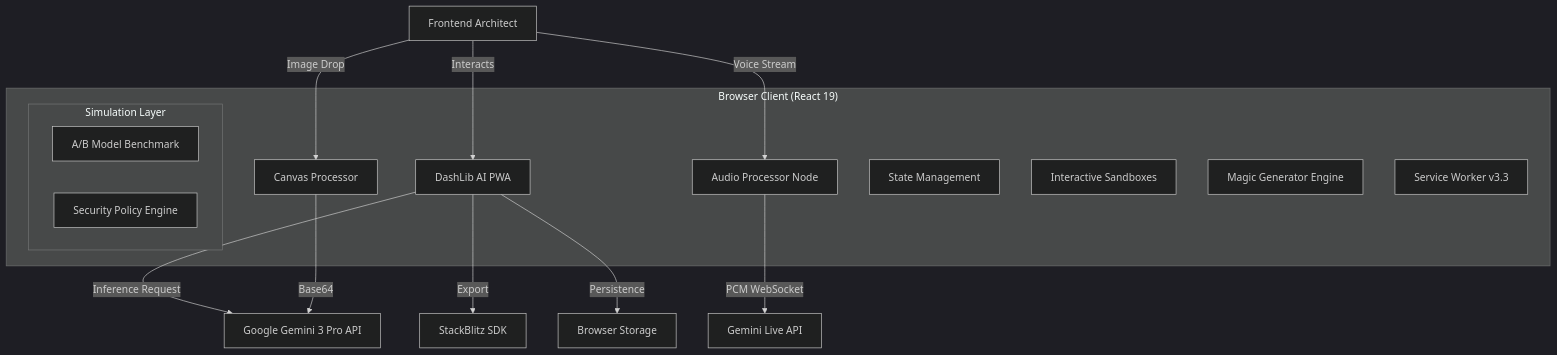
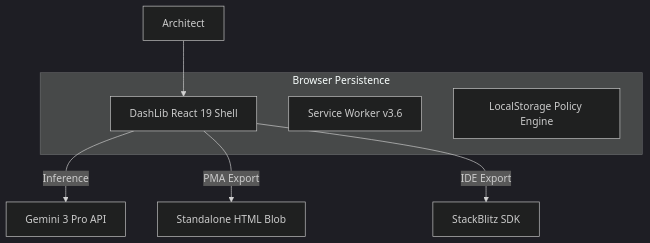
The diagram in ARCHITECTURE.md (Krosebrook/DashLib-AI), drawn with Mermaid (dark theme) before and after one commit. The commit also changed other lines of this file and 13 other files, not shown here.

````diff
--- a/ARCHITECTURE.md
+++ b/ARCHITECTURE.md
@@ -10,28 +10,13 @@
 ```mermaid
 graph TD
-    User[Frontend Architect] -->|Interacts| UI[DashLib AI PWA]
-    User -->|Voice Stream| AudioProc[Audio Processor Node]
-    User -->|Image Drop| VisionProc[Canvas Processor]
+    User[Architect] --> UI[DashLib React 19 Shell]
+    UI -->|Inference| Gemini[Gemini 3 Pro API]
+    UI -->|PMA Export| PMA[Standalone HTML Blob]
+    UI -->|IDE Export| StackBlitz[StackBlitz SDK]
     
-    UI -->|Inference Request| Gemini[Google Gemini 3 Pro API]
-    AudioProc -->|PCM WebSocket| GeminiLive[Gemini Live API]
-    VisionProc -->|Base64| Gemini
-    
-    UI -->|Export| StackBlitz[StackBlitz SDK]
-    UI -->|Persistence| LocalStorage[Browser Storage]
-    
-    subgraph "Browser Client (React 19)"
-        UI
-        AudioProc
-        VisionProc
-        State[State Management]
-        Sandboxes[Interactive Sandboxes]
-        Generator[Magic Generator Engine]
-        SW[Service Worker v3.3]
-        
-        subgraph "Simulation Layer"
-          A/B[A/B Model Benchmark]
-          SecEngine[Security Policy Engine]
-        end
+    subgraph "Browser Persistence"
+      UI
+      SW[Service Worker v3.6]
+      Storage[LocalStorage Policy Engine]
     end
 ```
````
